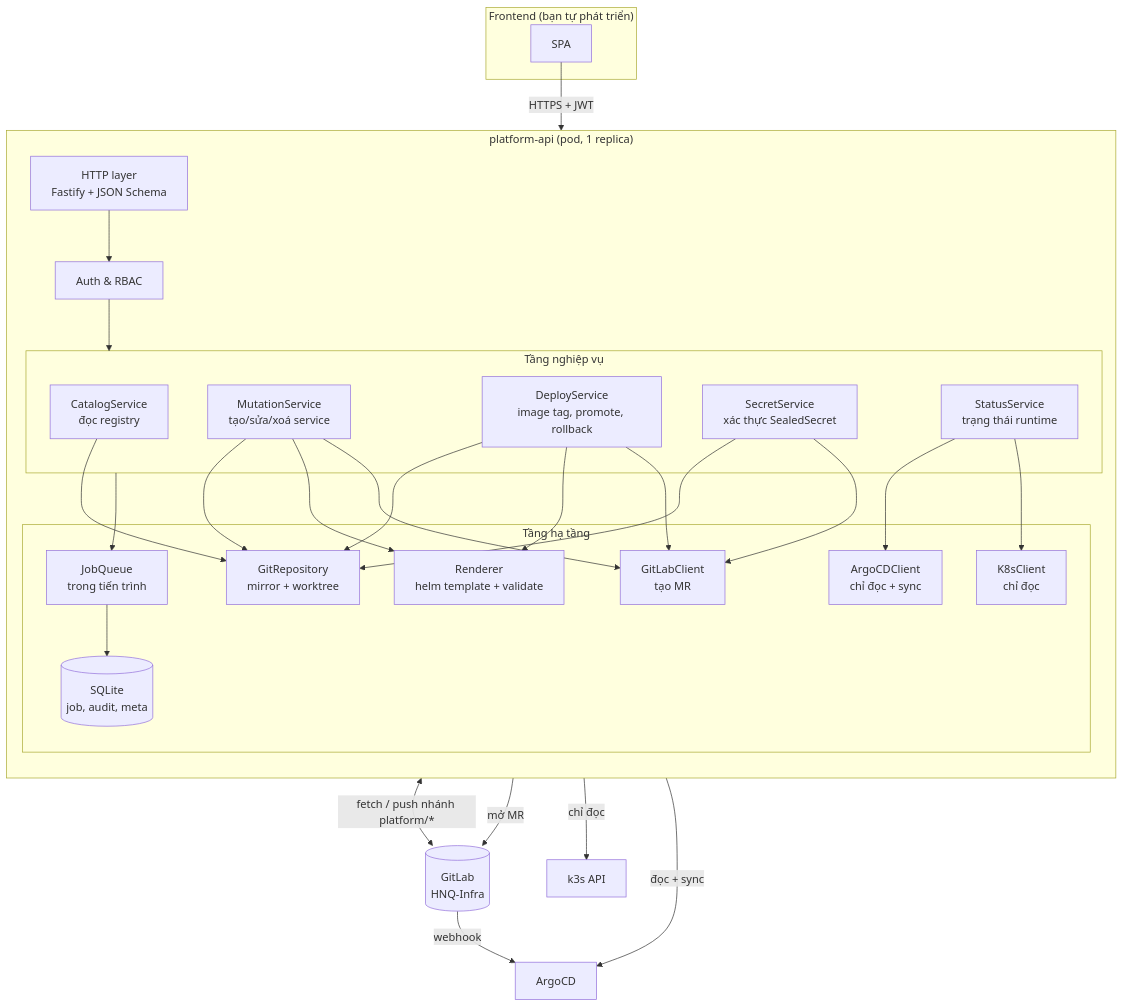
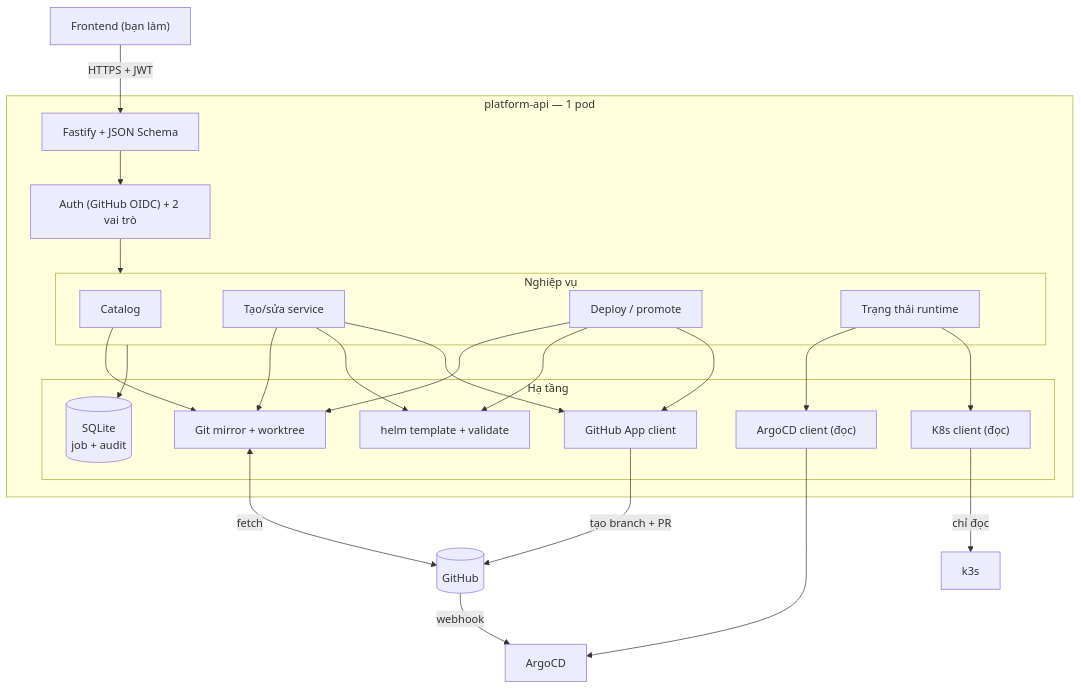
One commit to hunho247/HNQ-Infra changed the first of 4 diagrams in docs/PLATFORM_API_PLAN.md. Above: the diagram before and after it, drawn with Mermaid. The commit also changed other lines of this file and 3 other files, not shown here.

````diff
--- a/docs/PLATFORM_API_PLAN.md
+++ b/docs/PLATFORM_API_PLAN.md
@@ -88,48 +102,42 @@
 ```mermaid
 flowchart TB
-  subgraph FE["Frontend (bạn tự phát triển)"]
-    UI[SPA]
-  end
+  UI["Frontend (bạn làm)"]
 
-  subgraph API["platform-api (pod, 1 replica)"]
-    direction TB
-    HTTP["HTTP layer<br/>Fastify + JSON Schema"]
-    AUTH["Auth & RBAC"]
+  subgraph API["platform-api — 1 pod"]
+    HTTP["Fastify + JSON Schema"]
+    AUTH["Auth (GitHub OIDC) + 2 vai trò"]
 
-    subgraph SVC["Tầng nghiệp vụ"]
-      CAT["CatalogService<br/>đọc registry"]
-      MUT["MutationService<br/>tạo/sửa/xoá service"]
-      DEP["DeployService<br/>image tag, promote, rollback"]
-      SEC["SecretService<br/>xác thực SealedSecret"]
-      STA["StatusService<br/>trạng thái runtime"]
+    subgraph SVC["Nghiệp vụ"]
+      CAT[Catalog]
+      MUT["Tạo/sửa service"]
+      DEP["Deploy / promote"]
+      STA["Trạng thái runtime"]
     end
 
-    subgraph INF["Tầng hạ tầng"]
-      GIT["GitRepository<br/>mirror + worktree"]
-      REN["Renderer<br/>helm template + validate"]
-      GLC["GitLabClient<br/>tạo MR"]
-      ARC["ArgoCDClient<br/>chỉ đọc + sync"]
-      K8C["K8sClient<br/>chỉ đọc"]
-      JOB["JobQueue<br/>trong tiến trình"]
-      DB[("SQLite<br/>job, audit, meta")]
+    subgraph INF["Hạ tầng"]
+      GIT["Git mirror + worktree"]
+      REN["helm template + validate"]
+      GHC["GitHub App client"]
+      ARC["ArgoCD client (đọc)"]
+      K8C["K8s client (đọc)"]
+      DB[("SQLite<br/>job + audit")]
     end
   end
 
-  REPO[(GitLab<br/>HNQ-Infra)]
+  GH[(GitHub)]
   ARGO[ArgoCD]
-  K3S[k3s API]
+  K3S[k3s]
 
-  UI -->|HTTPS + JWT| HTTP
-  HTTP --> AUTH --> SVC
-  CAT & MUT & DEP & SEC --> GIT
+  UI -->|HTTPS + JWT| HTTP --> AUTH --> SVC
+  CAT & MUT & DEP --> GIT
   MUT & DEP --> REN
-  MUT & DEP & SEC --> GLC
+  MUT & DEP --> GHC
   STA --> ARC & K8C
-  SVC --> JOB --> DB
+  SVC --> DB
 
-  GIT <-->|fetch / push nhánh platform/*| REPO
-  GLC -->|mở MR| REPO
-  ARC -->|đọc + sync| ARGO
+  GIT <-->|fetch| GH
+  GHC -->|tạo branch + PR| GH
+  ARC --> ARGO
   K8C -->|chỉ đọc| K3S
-  REPO -->|webhook| ARGO
+  GH -->|webhook| ARGO
 ```
````
